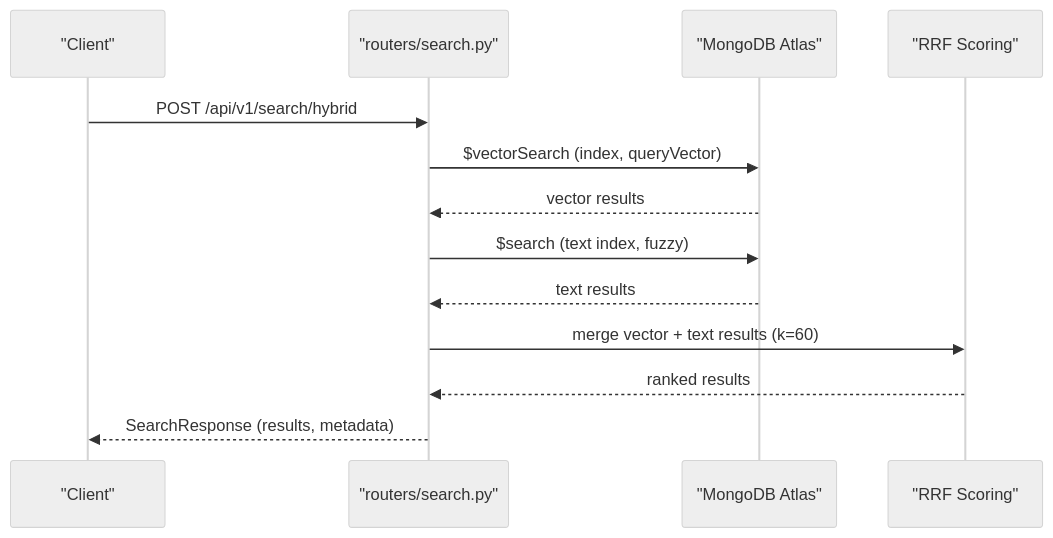
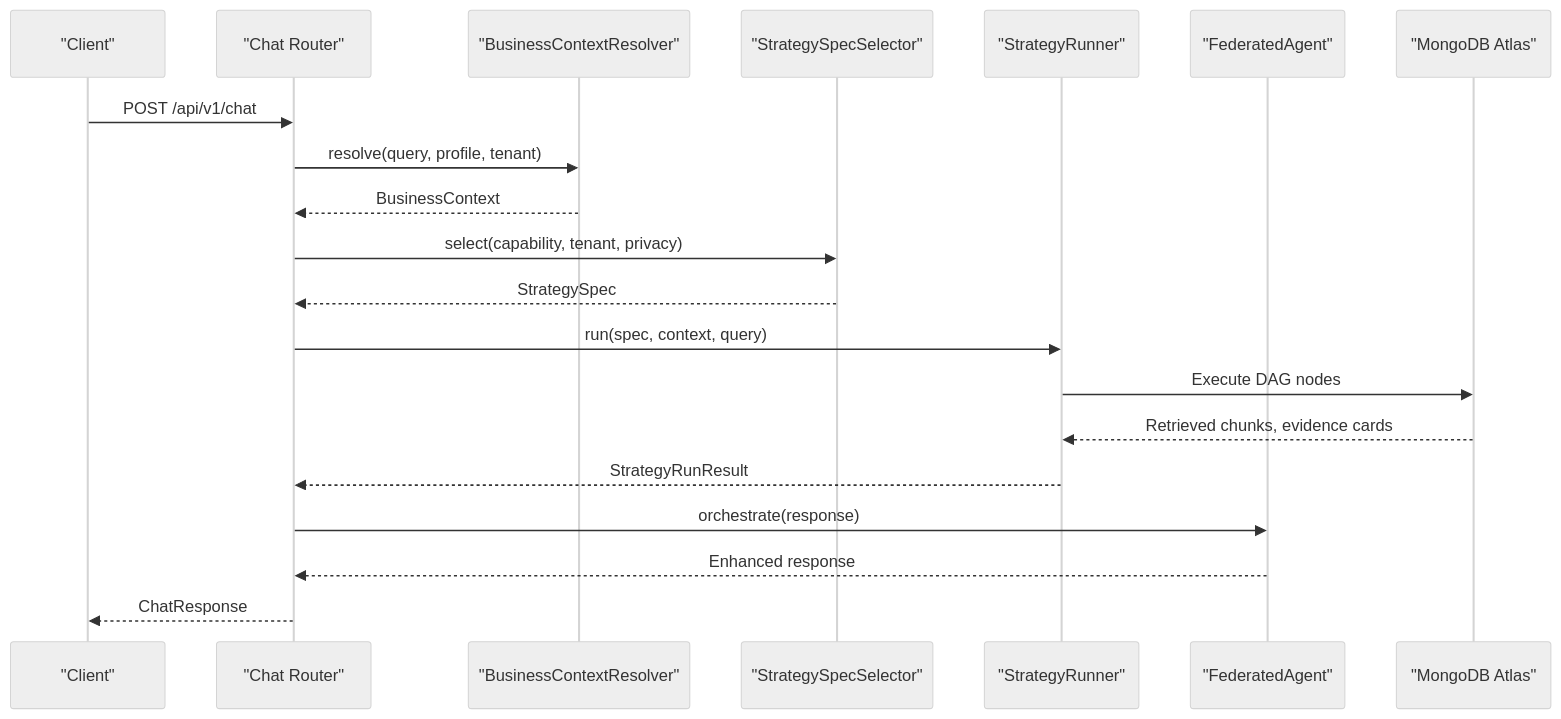
The fourth of 12 diagrams in .qoder/repowiki/en/content/Core Features/Core Features.md (emanuelplopu/MongoDB-RAG-Agent), drawn with Mermaid (neutral theme) before and after one commit. The commit also changed other lines of this file and 4 other files, not shown here.

First line of the commit message:
Add Strategy OS docs and update API refs

````diff
--- a/.qoder/repowiki/en/content/Core Features/Core Features.md
+++ b/.qoder/repowiki/en/content/Core Features/Core Features.md
@@ -225,15 +342,22 @@
 ```mermaid
 sequenceDiagram
 participant Client as "Client"
-participant API as "routers/search.py"
+participant Router as "Chat Router"
+participant BusinessCtx as "BusinessContextResolver"
+participant SpecSelector as "StrategySpecSelector"
+participant StrategyRunner as "StrategyRunner"
+participant FederatedAgent as "FederatedAgent"
 participant DB as "MongoDB Atlas"
-participant RRF as "RRF Scoring"
-Client->>API : POST /api/v1/search/hybrid
-API->>DB : $vectorSearch (index, queryVector)
-DB-->>API : vector results
-API->>DB : $search (text index, fuzzy)
-DB-->>API : text results
-API->>RRF : merge vector + text results (k=60)
-RRF-->>API : ranked results
-API-->>Client : SearchResponse (results, metadata)
+Client->>Router : POST /api/v1/chat
+Router->>BusinessCtx : resolve(query, profile, tenant)
+BusinessCtx-->>Router : BusinessContext
+Router->>SpecSelector : select(capability, tenant, privacy)
+SpecSelector-->>Router : StrategySpec
+Router->>StrategyRunner : run(spec, context, query)
+StrategyRunner->>DB : Execute DAG nodes
+DB-->>StrategyRunner : Retrieved chunks, evidence cards
+StrategyRunner-->>Router : StrategyRunResult
+Router->>FederatedAgent : orchestrate(response)
+FederatedAgent-->>Router : Enhanced response
+Router-->>Client : ChatResponse
 ```
````
